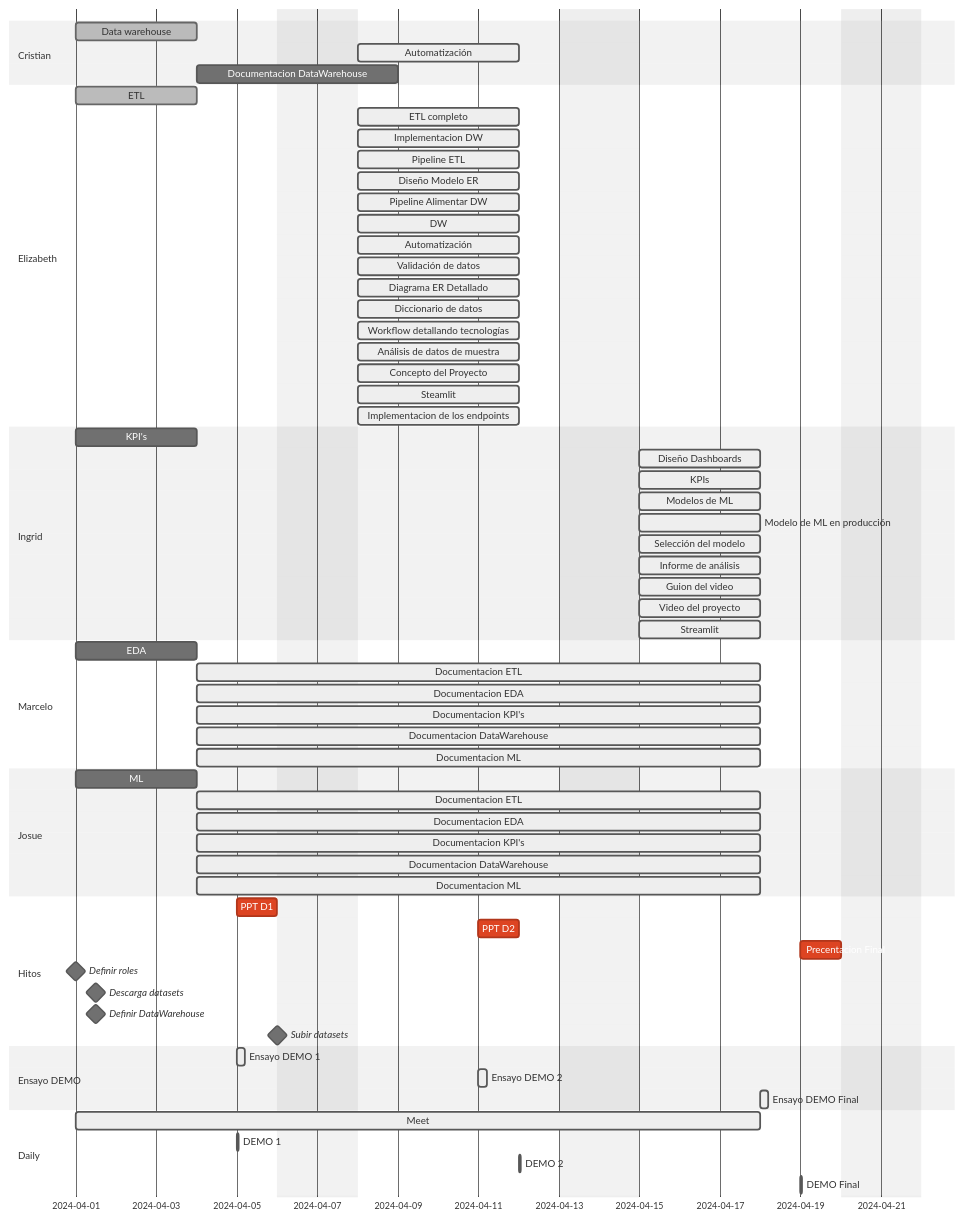
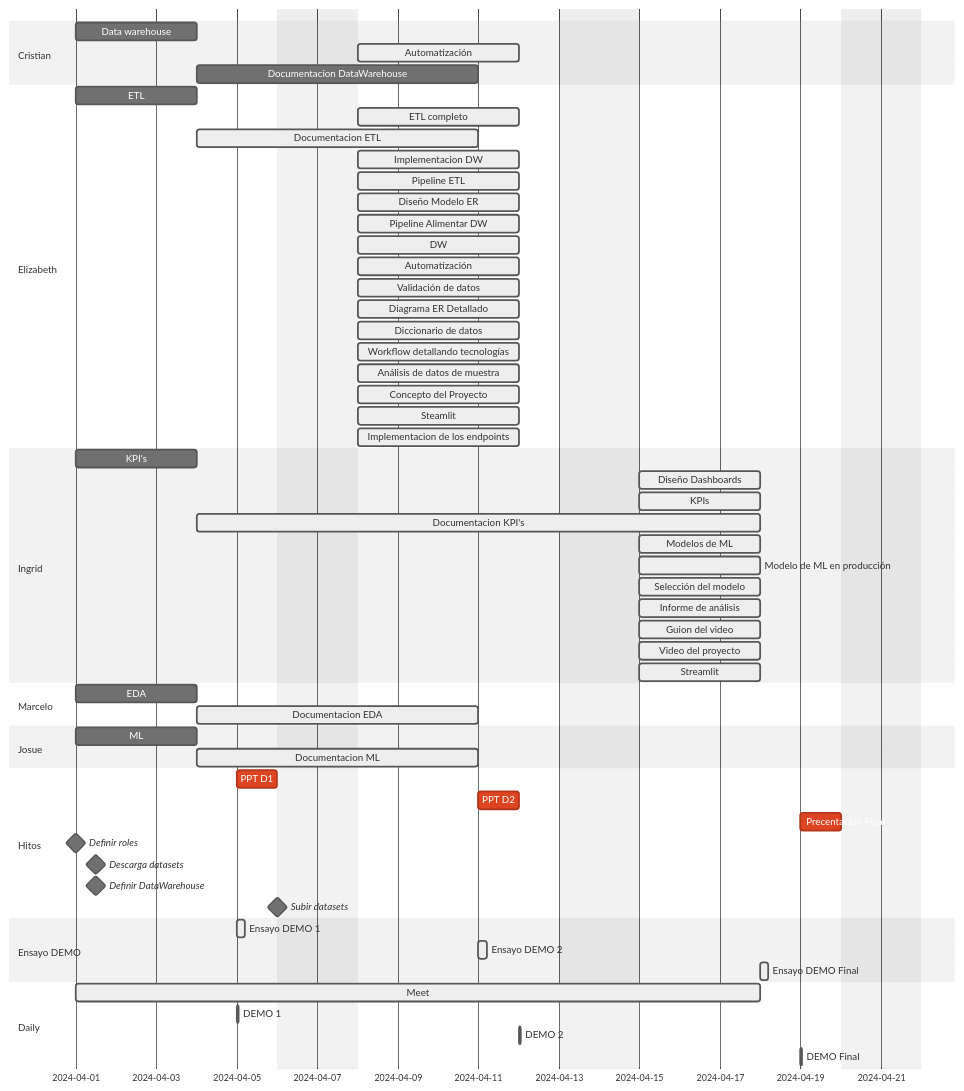
The diagram in Documentacion/Gantt.md (marceloyuba/SDT), drawn with Mermaid (neutral theme) before and after one commit.

````diff
--- a/Documentacion/Gantt.md
+++ b/Documentacion/Gantt.md
@@ -2,83 +2,77 @@
 ```mermaid
 gantt
    
     dateFormat  YYYY-MM-DD
     excludes     saturday sunday
     %% (`excludes` accepts specific dates in YYYY-MM-DD format, days of the week ("sunday") or "weekends", but not the word "weekdays".)
 
     section Cristian
     
-    Data warehouse            :done,   des4, 2024-04-01, 3d
+    Data warehouse            :  des4, 2024-04-01, 3d
     Automatización             :active,    des11, 2024-04-08, 4d
-    Documentacion DataWarehouse       : a1, after des4, 3d
+    Documentacion DataWarehouse       : a1, after des4, 5d
               
 
     section Elizabeth
 
-    ETL                       :done,    des1, 2024-04-01, 3d 
+    ETL                       :    des1, 2024-04-01, 3d 
     ETL completo               :active,    des6, 2024-04-08, 4d
+    Documentacion ETL               :active, a1, after des1, 5d
     Implementacion DW         :active,    des7, 2024-04-08, 4d
     Pipeline ETL               :active,    des8, 2024-04-08, 4d
     Diseño Modelo ER           :active,    des8, 2024-04-08, 4d 
     Pipeline Alimentar DW       :active,    des9, 2024-04-08, 4d
     DW                          :active,    des10, 2024-04-08, 4d
     Automatización             :active,    des11, 2024-04-08, 4d
     Validación de datos         :active,    des12, 2024-04-08, 4d
     Diagrama ER Detallado       :active,    des13, 2024-04-08, 4d
     Diccionario de datos        :active,    des14, 2024-04-08, 4d
     Workflow detallando tecnologías :active,    des15, 2024-04-08, 4d
     Análisis de datos de muestra   :active,    des16, 2024-04-08, 4d
     Concepto del Proyecto         :active,    des17, 2024-04-08, 4d
     Steamlit                     :active,    des18, 2024-04-08, 4d
     Implementacion de los endpoints     :active,    des19, 2024-04-08, 4d
 
     section Ingrid
     KPI's                     :   des3,  2024-04-01, 3d
     Diseño Dashboards              :active,    des20, 2024-04-15, 3d
     KPIs                           :active,    des21, 2024-04-15, 3d
+    Documentacion KPI's              :active, a1, after des1, 10d
     Modelos de ML                   :active,    des22, 2024-04-15, 3d
     Modelo de ML en producción      :active,    des23, 2024-04-15, 3d
     Selección del modelo         :active,    des24, 2024-04-15, 3d
     Informe de análisis               :active,    des25, 2024-04-15, 3d
     Guion del video                  :active,    des26, 2024-04-15, 3d
     Video del proyecto              :active,    des27, 2024-04-15, 3d
     Streamlit                       :active, des28, 2024-04-15, 3d
 
 
     section Marcelo
     EDA                          :  des2, 2024-04-01, 3d
-    Documentacion ETL               :active, a1, after des1, 10d
-    Documentacion EDA              :active, a1, after des1, 10d
-    Documentacion KPI's              :active, a1, after des1, 10d
-    Documentacion DataWarehouse       :active, a1, after des1, 10d
-    Documentacion ML                   :active, a1, after des1, 10d
+    Documentacion EDA              :active, a1, after des1, 5d
 
    section Josue
-    ML                           : des5, 2024-04-01, 3d     
-    Documentacion ETL               :active, a1, after des1, 10d
-    Documentacion EDA              :active, a1, after des1, 10d
-    Documentacion KPI's              :active, a1, after des1, 10d
-    Documentacion DataWarehouse       :active, a1, after des1, 10d
-    Documentacion ML                   :active, a1, after des1, 10d
+    ML                           : des5, 2024-04-01, 3d
+    Documentacion ML                   :active, a1, after des1, 5d
 
     section Hitos
     PPT D1                              :crit,  2024-04-05,24h
     PPT D2                              :crit,  2024-04-11,24h
     Precentacion Final                          :crit,  2024-04-19,24h
     Definir roles                       :milestone, isadded, 2024-04-01, 0d
     Descarga datasets                   :milestone, isadded, 2024-04-01, 24h
     Definir DataWarehouse               :milestone,isadded, 2024-04-01, 24h
     Subir datasets                      :milestone,isadded 2024-04-04, 2d
 
     section Ensayo DEMO
     Ensayo DEMO 1                       :active, 2024-04-05, 5h
     Ensayo DEMO 2                       :active, 2024-04-11, 5h
     Ensayo DEMO Final                  :active, 2024-04-18, 5h
 
     section Daily
     Meet                               :active,a2, 2024-04-01, 2024-04-18
     DEMO 1                             :active, 2024-04-05, 1h
     DEMO 2                             :active, 2024-04-12, 1h
     DEMO Final                             :active, 2024-04-19, 1h
    
 ```
````
